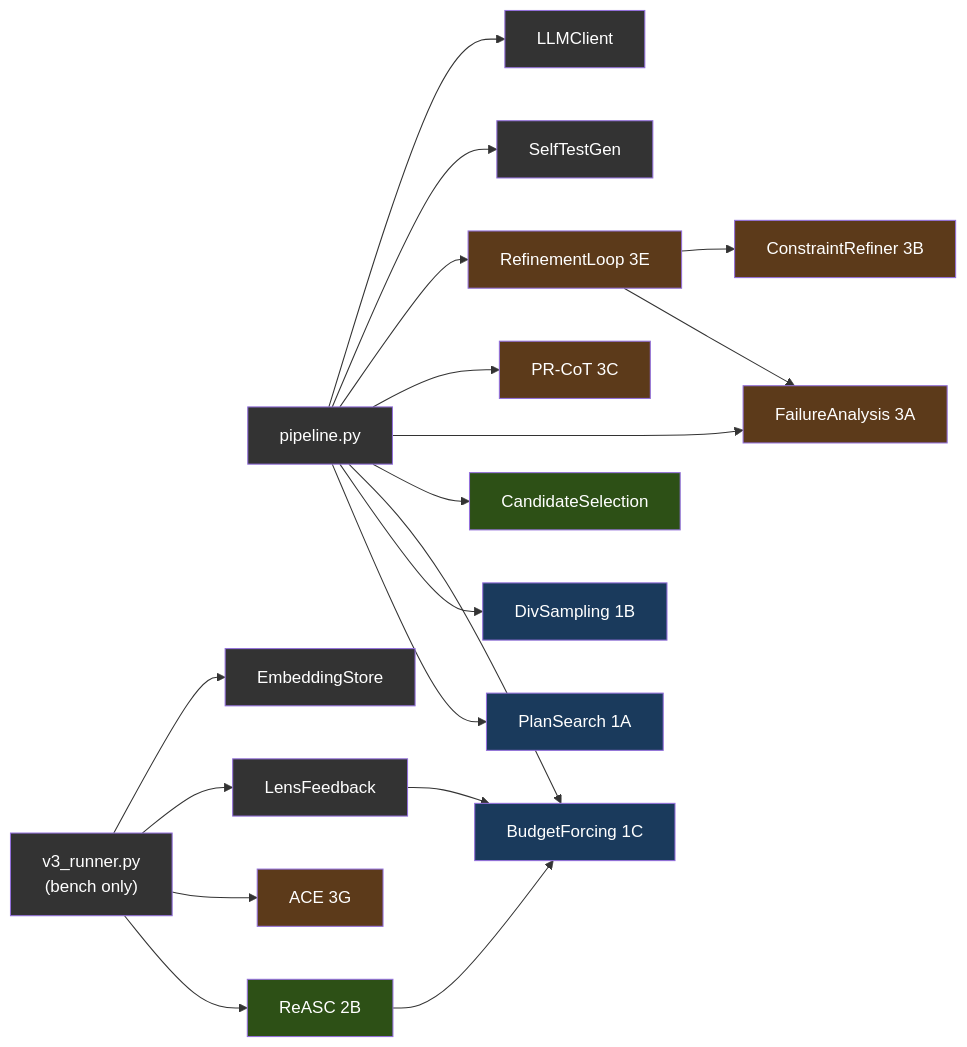
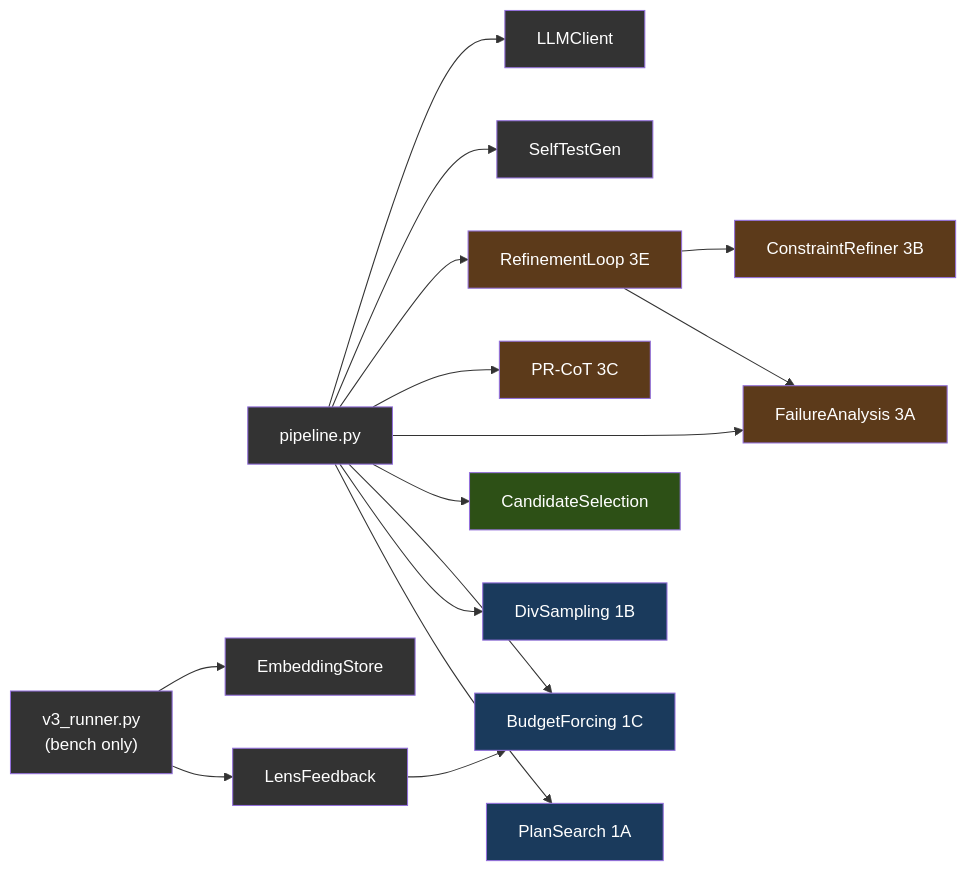
One commit to itigges22/ATLAS changed the fourth of 11 diagrams in docs/ARCHITECTURE.md. Above: the diagram before and after it, drawn with Mermaid. The commit also changed other lines of this file and 9 other files, not shown here.

First line of the commit message:
refactor(bench): remove ACE and ReASC (unmeasurable / provably ignored)

````diff
--- a/docs/ARCHITECTURE.md
+++ b/docs/ARCHITECTURE.md
@@ -349,38 +349,33 @@
 ```mermaid
 graph LR
     Main["pipeline.py"] --> PS["PlanSearch 1A"]
     Main --> DS["DivSampling 1B"]
     Main --> BF["BudgetForcing 1C"]
-    Bench["v3_runner.py\n(bench only)"] --> REASC["ReASC 2B"]
     Main --> CS["CandidateSelection"]
     Main --> FA["FailureAnalysis 3A"]
     Main --> PRCOT["PR-CoT 3C"]
     Main --> RL["RefinementLoop 3E"]
-    Bench --> ACE["ACE 3G"]
     Main --> STG["SelfTestGen"]
     Main --> LLM["LLMClient"]
-    Bench --> LF["LensFeedback"]
+    Bench["v3_runner.py\n(bench only)"] --> LF["LensFeedback"]
     Bench --> ES["EmbeddingStore"]
 
     RL --> FA
     RL --> CR["ConstraintRefiner 3B"]
-    REASC --> BF
     LF --> BF
 
     style Main fill:#333,color:#fff
     style Bench fill:#333,color:#fff
     style PS fill:#1a3a5c,color:#fff
     style DS fill:#1a3a5c,color:#fff
     style BF fill:#1a3a5c,color:#fff
-    style REASC fill:#2d5016,color:#fff
     style CS fill:#2d5016,color:#fff
     style FA fill:#5c3a1a,color:#fff
     style CR fill:#5c3a1a,color:#fff
     style PRCOT fill:#5c3a1a,color:#fff
     style RL fill:#5c3a1a,color:#fff
-    style ACE fill:#5c3a1a,color:#fff
     style STG fill:#333,color:#fff
     style LLM fill:#333,color:#fff
     style LF fill:#333,color:#fff
     style ES fill:#333,color:#fff
 ```
````
